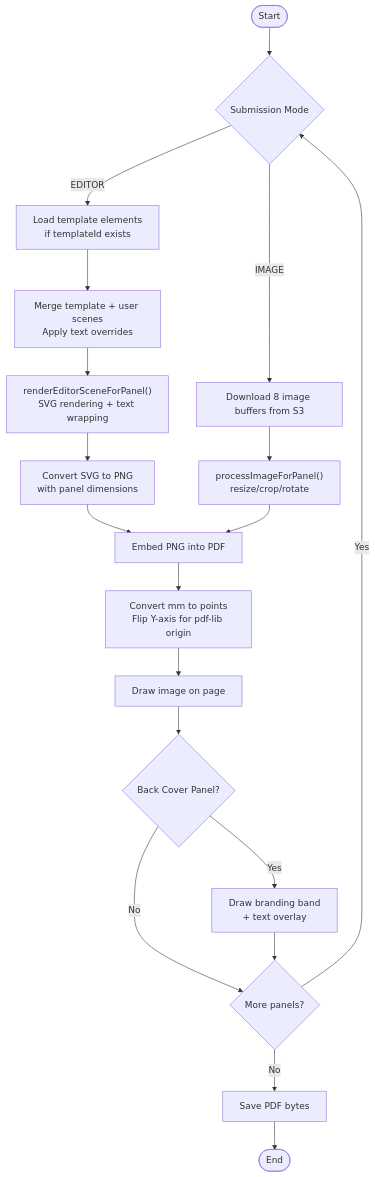
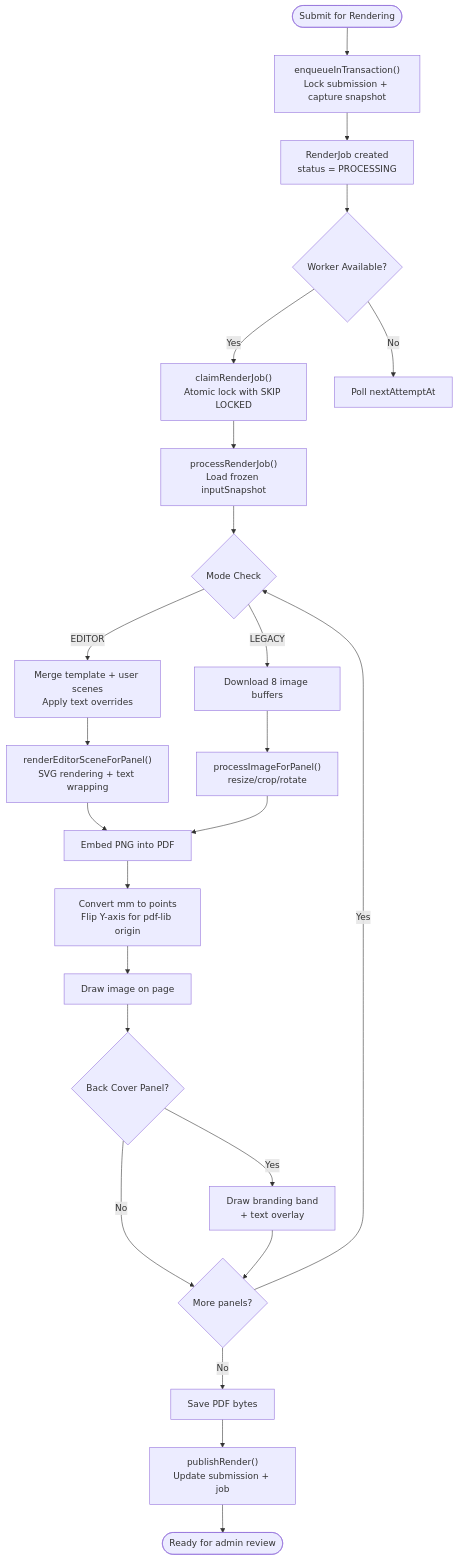
One commit to Crowdspender/titchybooks-app changed the third of 8 diagrams in .qoder/repowiki/en/content/PDF Generation Engine/PDF Generation Engine.md. Above: the diagram before and after it, drawn with Mermaid. The commit also changed other lines of this file and 23 other files, not shown here.

Commit message:
fix: address CodeRabbit review findings (docs accuracy, error UI, editor history, render snapshot)

````diff
--- a/.qoder/repowiki/en/content/PDF Generation Engine/PDF Generation Engine.md
+++ b/.qoder/repowiki/en/content/PDF Generation Engine/PDF Generation Engine.md
@@ -202,21 +237,26 @@
 ```mermaid
 flowchart TD
-Start(["Start"]) --> Mode{"Submission Mode"}
-Mode --> |EDITOR| LoadTemplate["Load template elements<br/>if templateId exists"]
-Mode --> |IMAGE| LoadImages["Download 8 image buffers from S3"]
-LoadTemplate --> MergeScenes["Merge template + user scenes<br/>Apply text overrides"]
-MergeScenes --> RenderSVG["renderEditorSceneForPanel()<br/>SVG rendering + text wrapping"]
-RenderSVG --> ProcessSVG["Convert SVG to PNG<br/>with panel dimensions"]
-LoadImages --> ProcessImages["processImageForPanel()<br/>resize/crop/rotate"]
-ProcessSVG --> Embed["Embed PNG into PDF"]
-ProcessImages --> Embed
+Start(["Submit for Rendering"]) --> Queue["enqueueInTransaction()<br/>Lock submission + capture snapshot"]
+Queue --> JobCreated["RenderJob created<br/>status = PROCESSING"]
+JobCreated --> Worker{"Worker Available?"}
+Worker --> |Yes| Claim["claimRenderJob()<br/>Atomic lock with SKIP LOCKED"]
+Worker --> |No| Wait["Poll nextAttemptAt"]
+Claim --> Process["processRenderJob()<br/>Load frozen inputSnapshot"]
+Process --> Mode{"Mode Check"}
+Mode --> |EDITOR| Merge["Merge template + user scenes<br/>Apply text overrides"]
+Mode --> |LEGACY| Images["Download 8 image buffers"]
+Merge --> Render["renderEditorSceneForPanel()<br/>SVG rendering + text wrapping"]
+Images --> ProcessImg["processImageForPanel()<br/>resize/crop/rotate"]
+Render --> Embed["Embed PNG into PDF"]
+ProcessImg --> Embed
 Embed --> Position["Convert mm to points<br/>Flip Y-axis for pdf-lib origin"]
 Position --> Draw["Draw image on page"]
 Draw --> Branding{"Back Cover Panel?"}
 Branding --> |Yes| Brand["Draw branding band<br/>+ text overlay"]
 Branding --> |No| Next{"More panels?"}
 Brand --> Next
 Next --> |Yes| Mode
 Next --> |No| Save["Save PDF bytes"]
-Save --> End(["End"])
+Save --> Publish["publishRender()<br/>Update submission + job"]
+Publish --> End(["Ready for admin review"])
 ```
````
